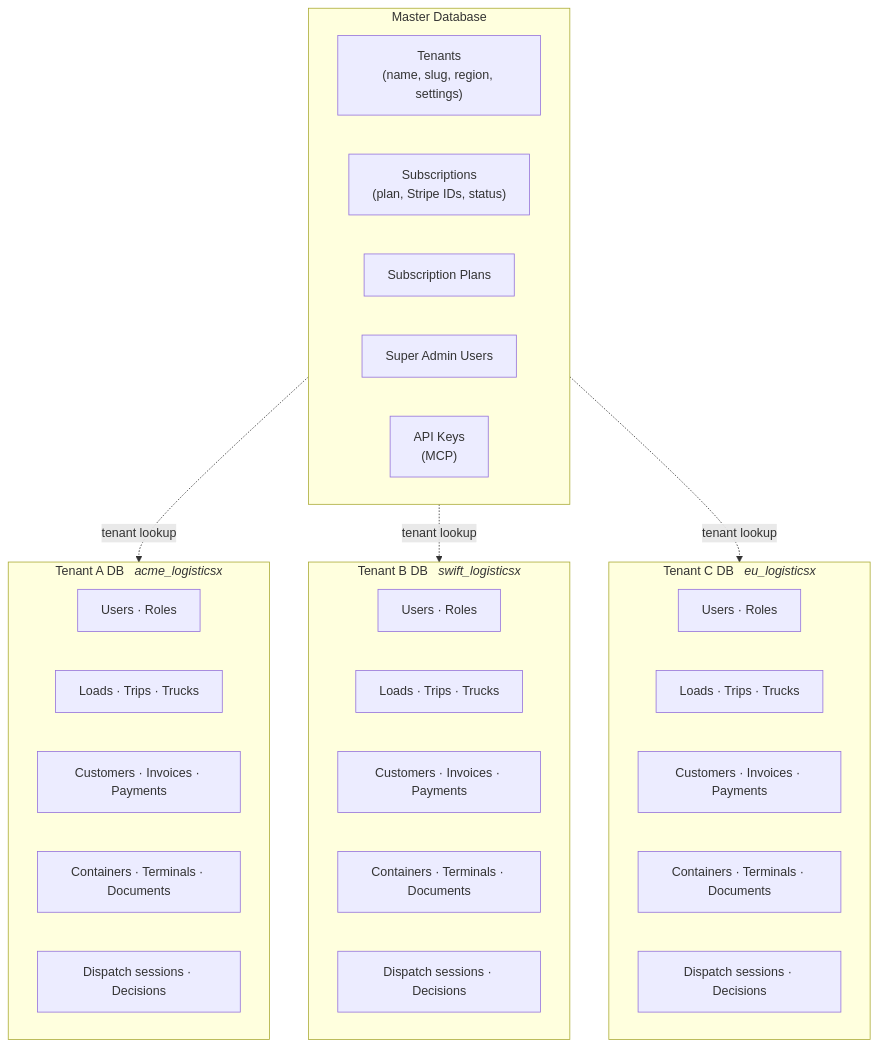
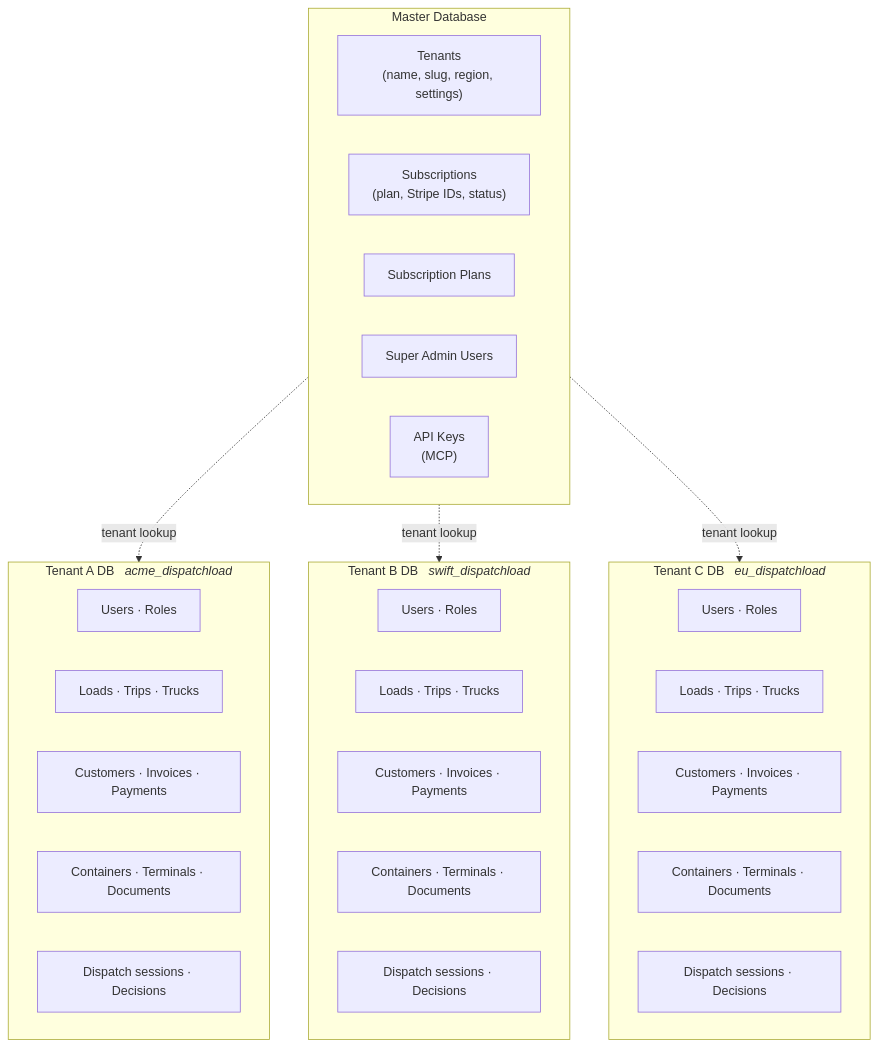
The first of 3 diagrams in docs/architecture/multi-tenancy.md (Nate-valerian/MyDispatch), drawn with Mermaid before and after one commit. The commit also changed other lines of this file and 469 other files, not shown here.

````diff
--- a/docs/architecture/multi-tenancy.md
+++ b/docs/architecture/multi-tenancy.md
@@ -16,38 +16,38 @@
 ```mermaid
 flowchart TB
     subgraph Master["Master Database"]
         Tenants["Tenants<br/>(name, slug, region, settings)"]
         Subscriptions["Subscriptions<br/>(plan, Stripe IDs, status)"]
         Plans["Subscription Plans"]
         SuperAdmins["Super Admin Users"]
         ApiKeys["API Keys<br/>(MCP)"]
     end
 
-    subgraph TenantA["Tenant A DB&nbsp;&nbsp;&nbsp;<i>acme_logisticsx</i>"]
+    subgraph TenantA["Tenant A DB&nbsp;&nbsp;&nbsp;<i>acme_dispatchload</i>"]
         UA["Users · Roles"]
         DA["Loads · Trips · Trucks"]
         FA["Customers · Invoices · Payments"]
         IA["Containers · Terminals · Documents"]
         AIA["Dispatch sessions · Decisions"]
     end
 
-    subgraph TenantB["Tenant B DB&nbsp;&nbsp;&nbsp;<i>swift_logisticsx</i>"]
+    subgraph TenantB["Tenant B DB&nbsp;&nbsp;&nbsp;<i>swift_dispatchload</i>"]
         UB["Users · Roles"]
         DB["Loads · Trips · Trucks"]
         FB["Customers · Invoices · Payments"]
         IB["Containers · Terminals · Documents"]
         AIB["Dispatch sessions · Decisions"]
     end
 
-    subgraph TenantC["Tenant C DB&nbsp;&nbsp;&nbsp;<i>eu_logisticsx</i>"]
+    subgraph TenantC["Tenant C DB&nbsp;&nbsp;&nbsp;<i>eu_dispatchload</i>"]
         UC["Users · Roles"]
         DC["Loads · Trips · Trucks"]
         FC["Customers · Invoices · Payments"]
         IC["Containers · Terminals · Documents"]
         AIC["Dispatch sessions · Decisions"]
     end
 
     Master -.tenant lookup.-> TenantA
     Master -.tenant lookup.-> TenantB
     Master -.tenant lookup.-> TenantC
 ```
````
